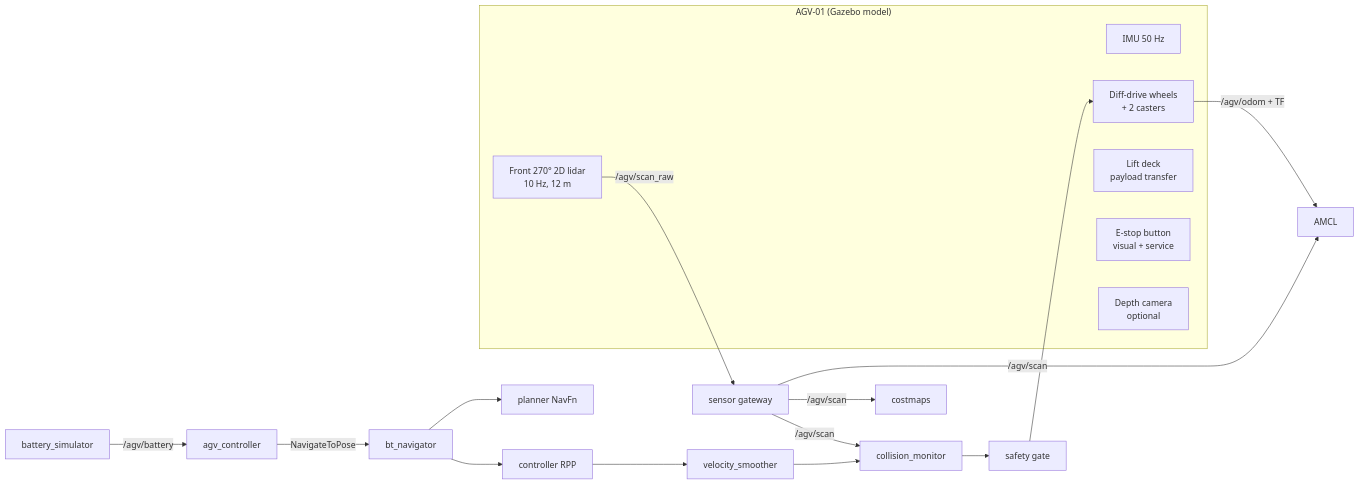
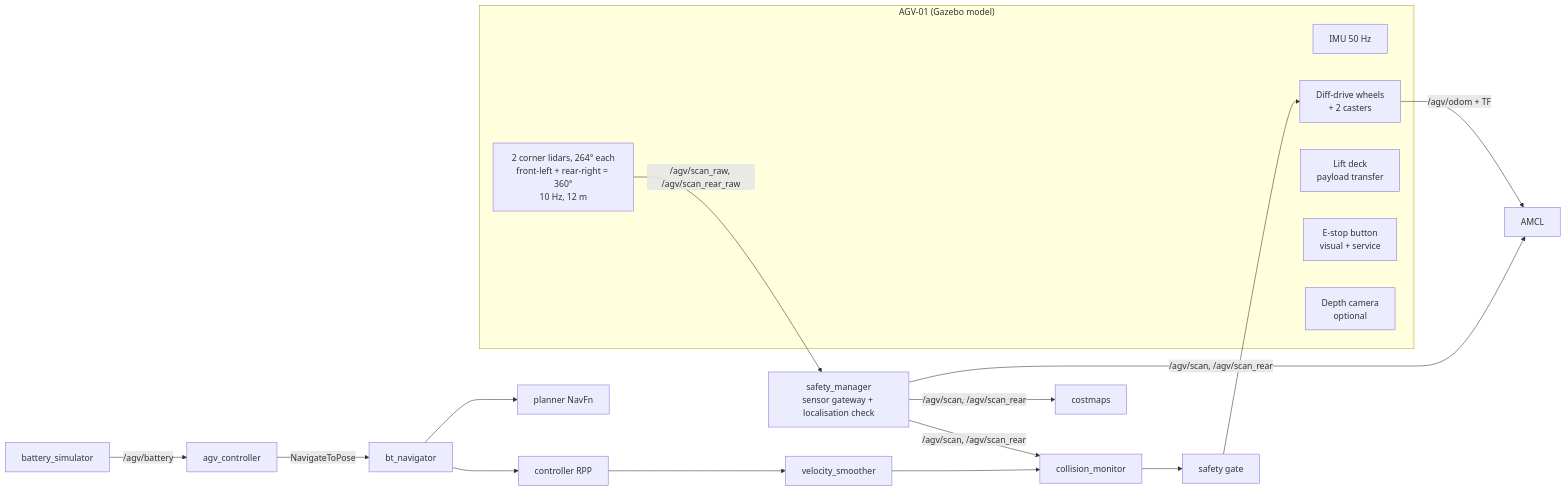
The sixth of 6 diagrams in SYSTEM_ARCHITECTURE.md (yogeshlondhe045/kivi-semantic-memory), drawn with Mermaid before and after one commit. The commit also changed other lines of this file and 41 other files, not shown here.

First line of the commit message:
Final results: container-aware localisation monitor, generated report, plan update

````diff
--- a/SYSTEM_ARCHITECTURE.md
+++ b/SYSTEM_ARCHITECTURE.md
@@ -252,16 +252,16 @@
 ```mermaid
 flowchart LR
   subgraph Robot["AGV-01 (Gazebo model)"]
-    LIDAR[Front 270° 2D lidar<br/>10 Hz, 12 m] 
+    LIDAR[2 corner lidars, 264° each<br/>front-left + rear-right = 360°<br/>10 Hz, 12 m]
     IMU[IMU 50 Hz]
     DD[Diff-drive wheels<br/>+ 2 casters]
     DECK[Lift deck<br/>payload transfer]
     ESTOP[E-stop button<br/>visual + service]
     CAM[Depth camera<br/>optional]
   end
-  LIDAR -->|/agv/scan_raw| GW[sensor gateway] -->|/agv/scan| AMCL & COSTMAPS[costmaps] & CM[collision_monitor]
+  LIDAR -->|/agv/scan_raw, /agv/scan_rear_raw| GW[safety_manager<br/>sensor gateway + localisation check] -->|/agv/scan, /agv/scan_rear| AMCL & COSTMAPS[costmaps] & CM[collision_monitor]
   DD -->|/agv/odom + TF| AMCL
   BAT[battery_simulator] -->|/agv/battery| AC[agv_controller]
   AC -->|NavigateToPose| BT[bt_navigator] --> PL[planner NavFn] & CT[controller RPP]
   CT --> VS[velocity_smoother] --> CM --> GATE[safety gate] --> DD
 ```
````
